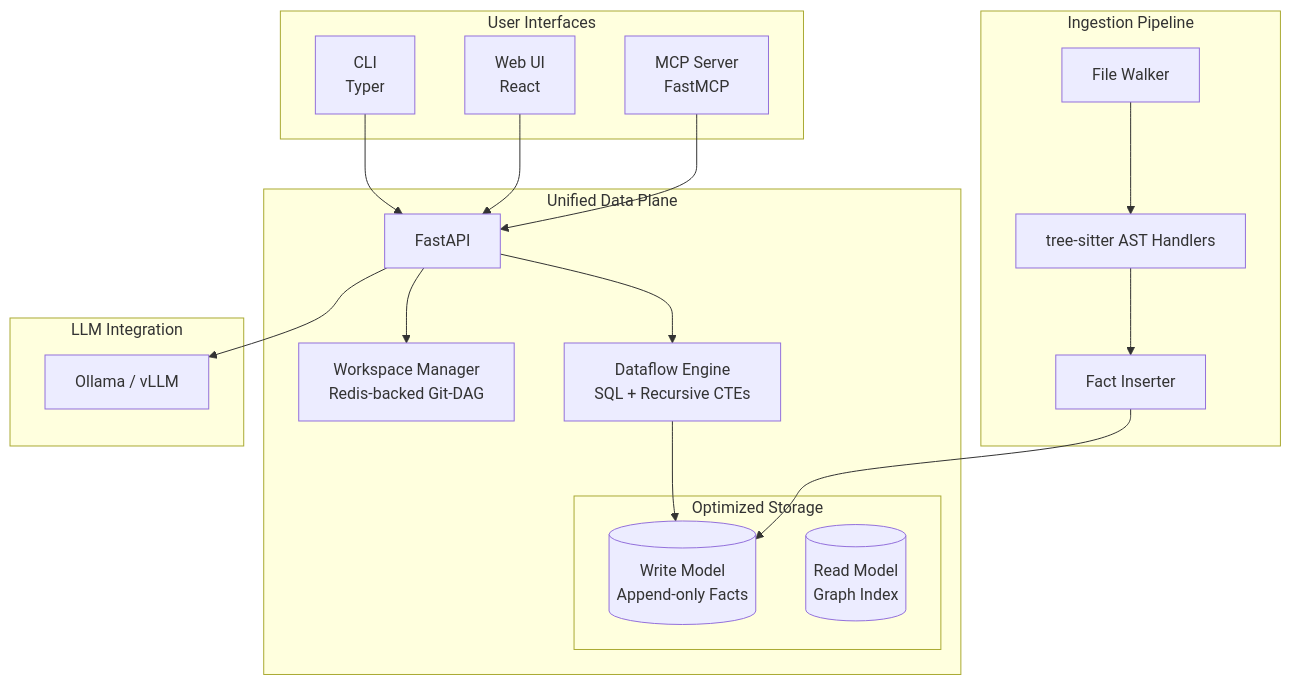
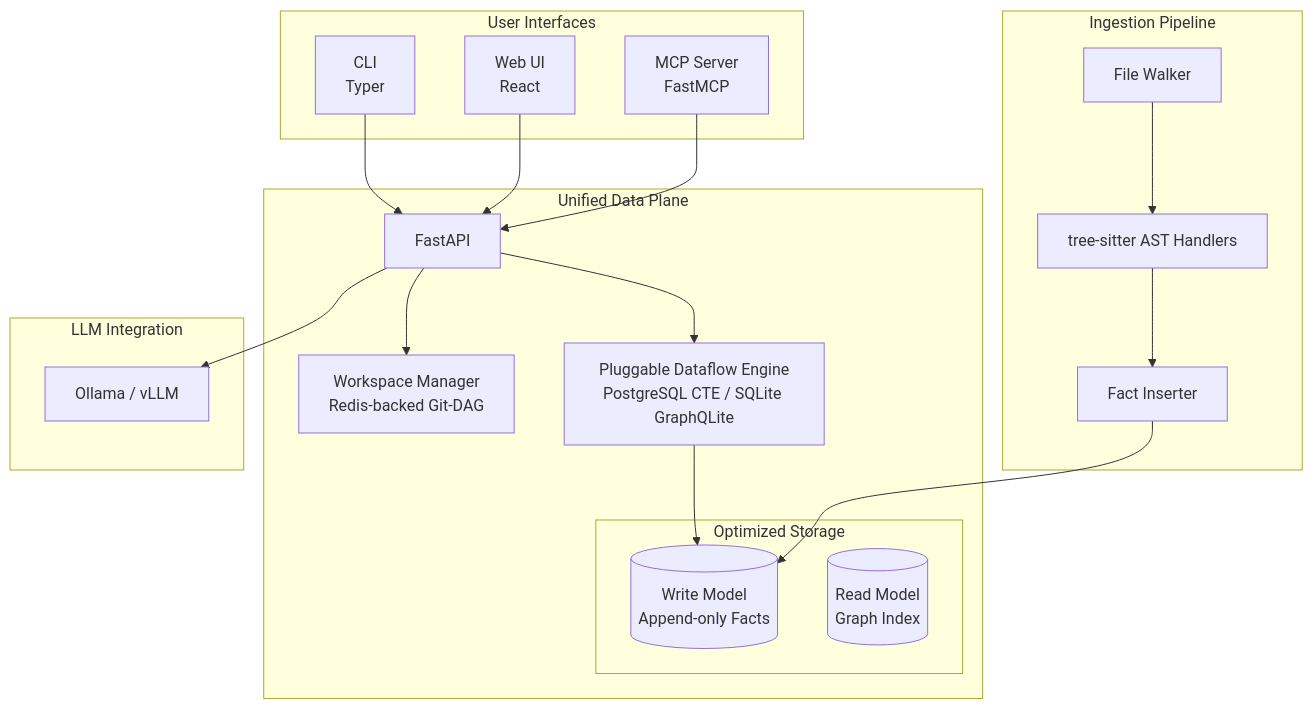
One commit to bmrtech-oss/code-intel changed the first of 2 diagrams in README.md. Above: the diagram before and after it, drawn with Mermaid. The commit also changed other lines of this file and 10 other files, not shown here.

````diff
--- a/README.md
+++ b/README.md
@@ -9,37 +9,37 @@
 ```mermaid
 graph TB
     subgraph "User Interfaces"
         CLI[CLI<br/>Typer]
         WebUI[Web UI<br/>React]
         MCP[MCP Server<br/>FastMCP]
     end
 
     subgraph "Unified Data Plane"
         API[FastAPI]
         Workspace[Workspace Manager<br/>Redis-backed Git-DAG]
-        Engine[Dataflow Engine<br/>SQL + Recursive CTEs]
+        Engine[Pluggable Dataflow Engine<br/>PostgreSQL CTE / SQLite GraphQLite]
         subgraph "Optimized Storage"
             Store[(Write Model<br/>Append-only Facts)]
             ReadModel[(Read Model<br/>Graph Index)]
         end
     end
 
     subgraph "Ingestion Pipeline"
         Walker[File Walker]
         Parser[tree-sitter AST Handlers]
         FactInserter[Fact Inserter]
     end
 
     subgraph "LLM Integration"
         Ollama[Ollama / vLLM]
     end
 
     CLI --> API
     WebUI --> API
     MCP --> API
     API --> Workspace
     API --> Engine
     Engine --> Store
     Walker --> Parser --> FactInserter --> Store
     API --> Ollama
 ```
````
